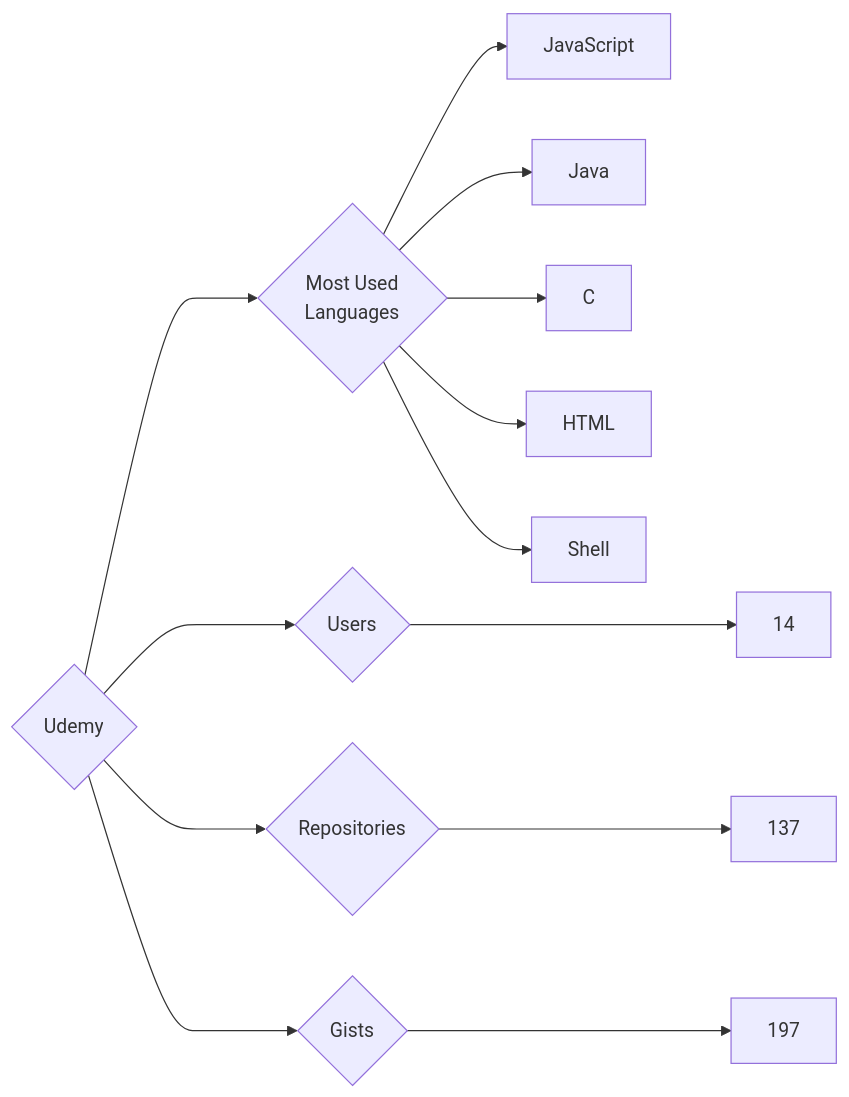
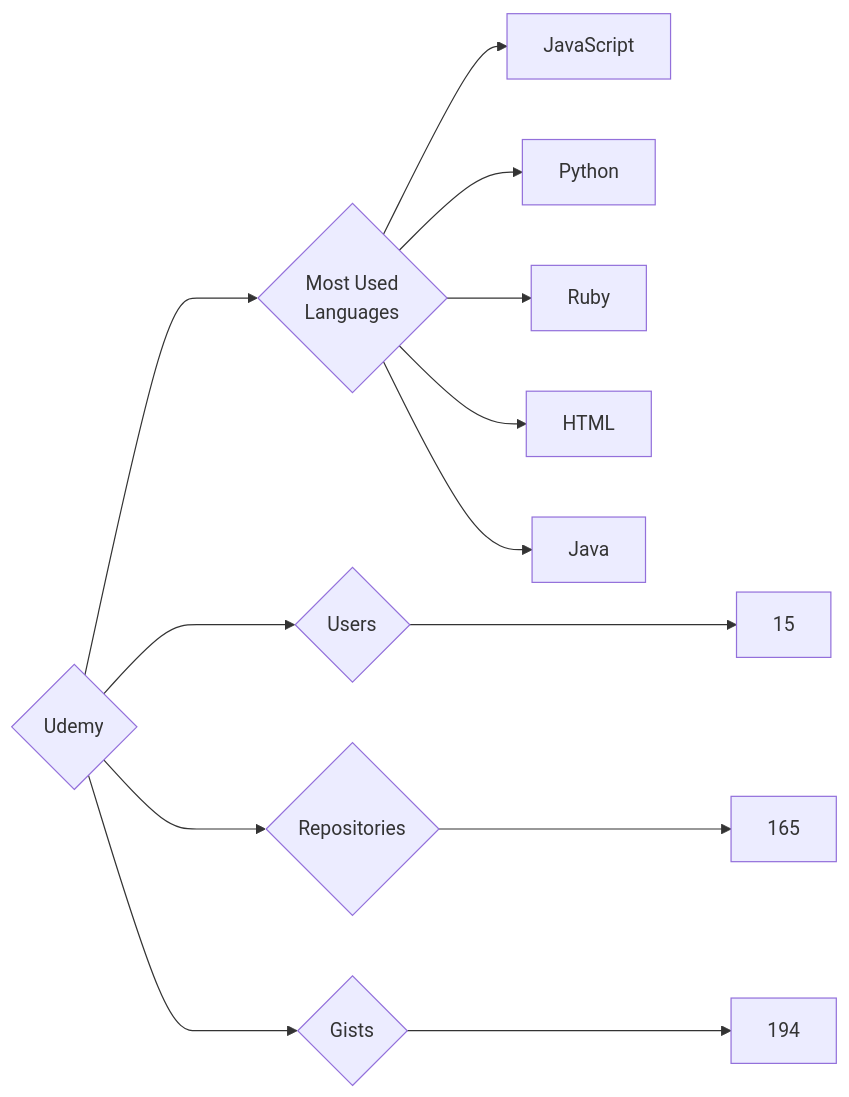
The diagram in targets/Udemy/README.md (trickest/insiders), drawn with Mermaid before and after one commit. The commit also changed 1479 other files, not shown here.

````diff
--- a/targets/Udemy/README.md
+++ b/targets/Udemy/README.md
@@ -3,13 +3,13 @@
 ```mermaid
 graph LR
 COMPANY_NAME{Udemy}
-COMPANY_NAME ---> U{Users} ---> UN[14]
-COMPANY_NAME ---> R{Repositories} ---> RN[137]
-COMPANY_NAME ---> G{Gists} ---> GN[197]
+COMPANY_NAME ---> U{Users} ---> UN[15]
+COMPANY_NAME ---> R{Repositories} ---> RN[165]
+COMPANY_NAME ---> G{Gists} ---> GN[194]
 COMPANY_NAME ---> ML{Most Used<br>Languages}
 ML --> JavaScript[JavaScript]
+ML --> Python[Python]
+ML --> Ruby[Ruby]
+ML --> HTML[HTML]
 ML --> Java[Java]
-ML --> C[C]
-ML --> HTML[HTML]
-ML --> Shell[Shell]
 ```
````
